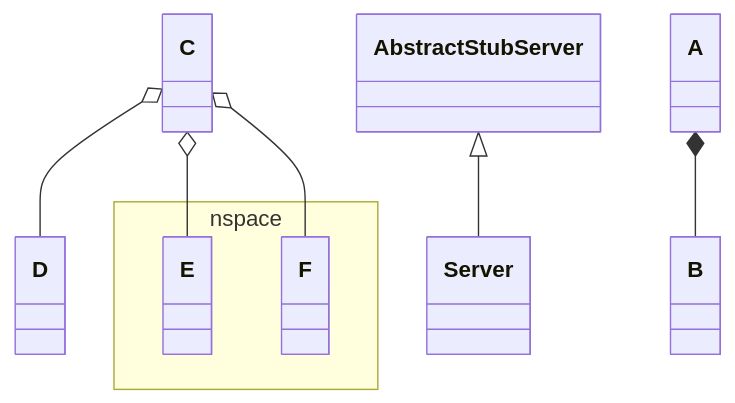
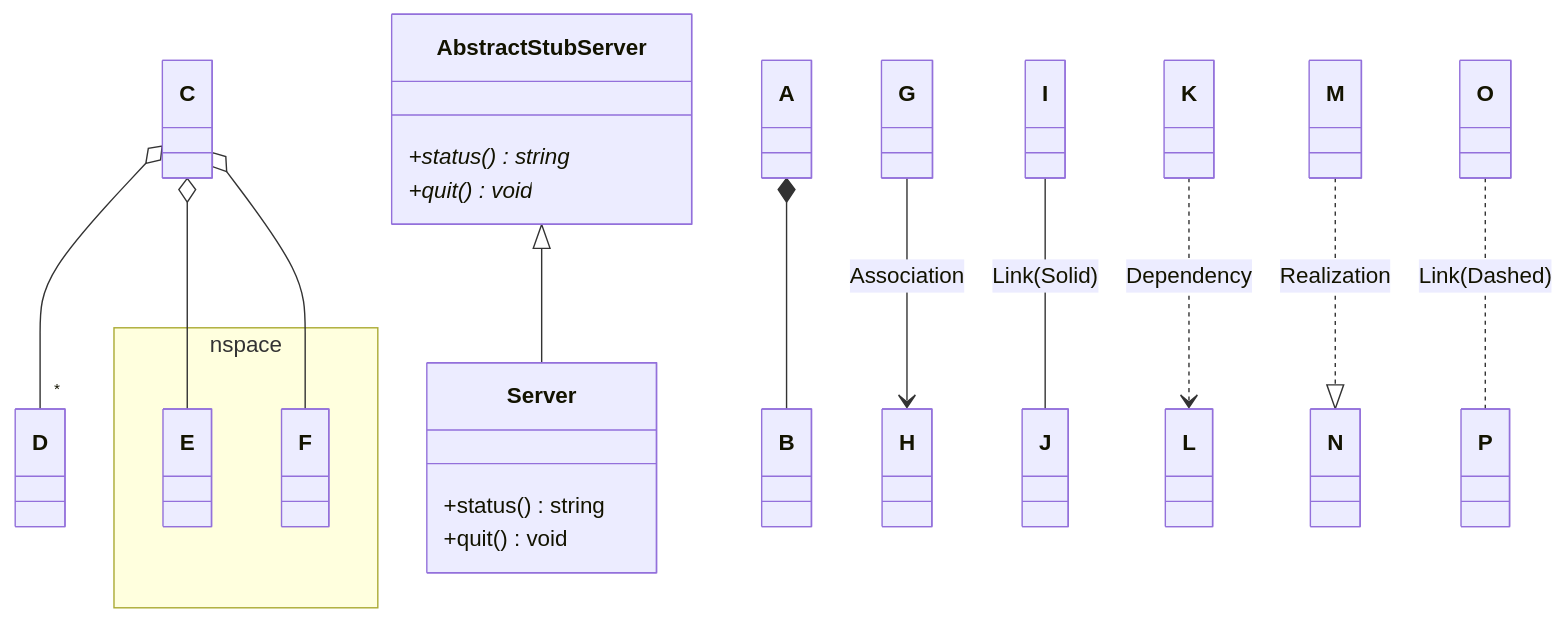
Before and after one commit to sbeaugrand/debinst: the diagram in cicd/project4/README.template.md, drawn with Mermaid. The commit also changed 7 other files, not shown here.

Commit message:
cicd: add mermaid.mk

````diff
--- a/cicd/project4/README.template.md
+++ b/cicd/project4/README.template.md
@@ -2,12 +2,26 @@
 ```mermaid
+%% Mermaid diagram class example
 classDiagram
+class AbstractStubServer {
+	+status()* string
+	+quit()* void
+}
+class Server {
+	+status() string
+	+quit() void
+}
 AbstractStubServer <|-- Server
 A *-- B
-C o-- D
+C o-- "*" D
 namespace nspace {
 	class E
 	class F
 }
 C o-- E
 C o-- F
+G --> H : Association
+I -- J : Link(Solid)
+K ..> L : Dependency
+M ..|> N : Realization
+O .. P : Link(Dashed)
 ```
````
